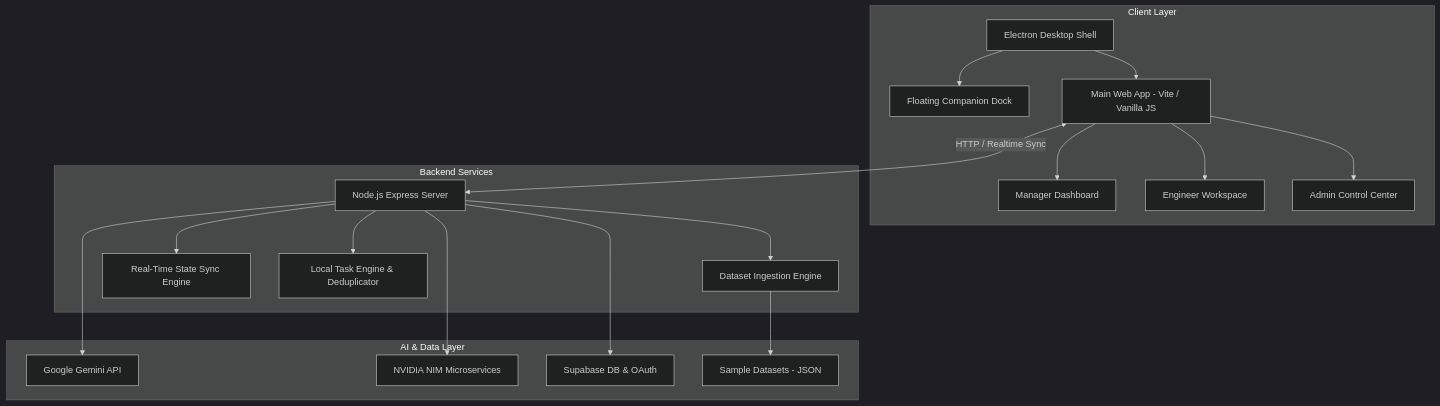
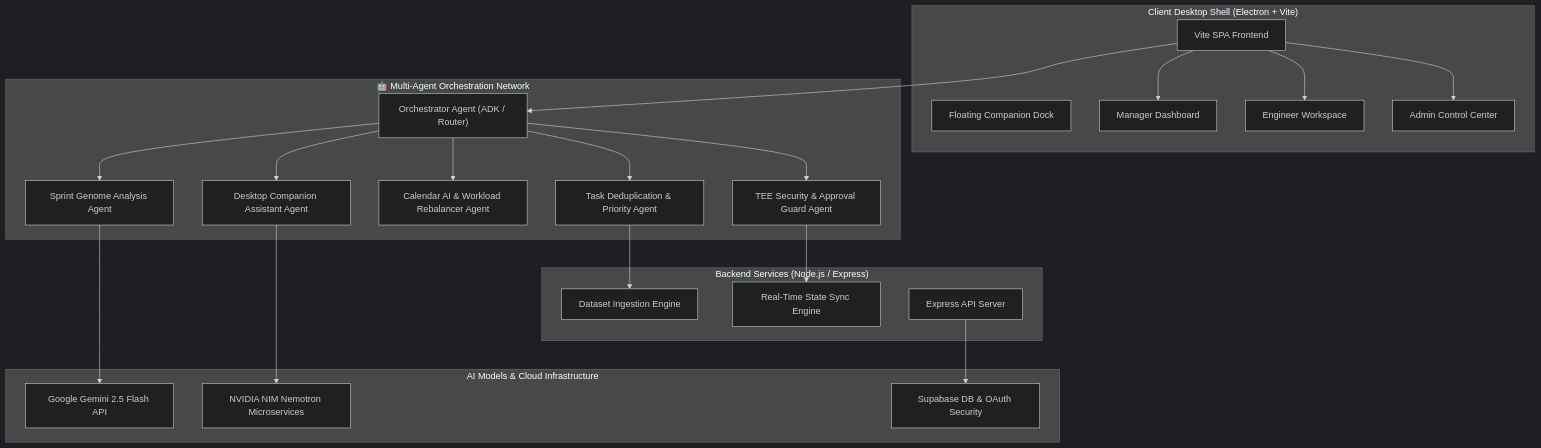
Before and after one commit to uselessdevloper/Error-404: the diagram in README.md, drawn with Mermaid (dark theme). The commit also changed other lines of this file, not shown here.

Commit message:
docs: add explicit Multi-Agent System (MAS) architecture breakdown and clean GitHub Mermaid flowchart

````diff
--- a/README.md
+++ b/README.md
@@ -13,25 +13,47 @@
 ```mermaid
-graph TD
-    subgraph Client Layer
-        A[Electron Desktop Shell] --> B[Floating Companion Dock]
-        A --> C[Main Web App - Vite / Vanilla JS]
-        C --> C1[Manager Dashboard]
-        C --> C2[Engineer Workspace]
-        C --> C3[Admin Control Center]
+flowchart TD
+    subgraph Client ["Client Desktop Shell (Electron + Vite)"]
+        UI["Vite SPA Frontend"]
+        Companion["Floating Companion Dock"]
+        ManagerUI["Manager Dashboard"]
+        EngineerUI["Engineer Workspace"]
+        AdminUI["Admin Control Center"]
+        UI --> ManagerUI
+        UI --> EngineerUI
+        UI --> AdminUI
     end
 
-    subgraph Backend Services
-        D[Node.js Express Server] --> E[Dataset Ingestion Engine]
-        D --> F[Real-Time State Sync Engine]
-        D --> G[Local Task Engine & Deduplicator]
+    subgraph MultiAgent ["🤖 Multi-Agent Orchestration Network"]
+        Orchestrator["Orchestrator Agent (ADK / Router)"]
+        DedupAgent["Task Deduplication & Priority Agent"]
+        GenomeAgent["Sprint Genome Analysis Agent"]
+        WorkloadAgent["Calendar AI & Workload Rebalancer Agent"]
+        CompanionAgent["Desktop Companion Assistant Agent"]
+        TeeGuardAgent["TEE Security & Approval Guard Agent"]
     end
 
-    subgraph AI & Data Layer
-        D --> H[Google Gemini API]
-        D --> I[NVIDIA NIM Microservices]
-        D --> J[Supabase DB & OAuth]
-        E --> K[Sample Datasets - JSON]
+    subgraph Backend ["Backend Services (Node.js / Express)"]
+        IngestionEngine["Dataset Ingestion Engine"]
+        StateSync["Real-Time State Sync Engine"]
+        BackendServer["Express API Server"]
     end
 
-    C <-->|HTTP / Realtime Sync| D
+    subgraph Infrastructure ["AI Models & Cloud Infrastructure"]
+        Gemini["Google Gemini 2.5 Flash API"]
+        NvidiaNIM["NVIDIA NIM Nemotron Microservices"]
+        Supabase["Supabase DB & OAuth Security"]
+    end
+
+    UI --> Orchestrator
+    Orchestrator --> DedupAgent
+    Orchestrator --> GenomeAgent
+    Orchestrator --> WorkloadAgent
+    Orchestrator --> CompanionAgent
+    Orchestrator --> TeeGuardAgent
+
+    DedupAgent --> IngestionEngine
+    GenomeAgent --> Gemini
+    CompanionAgent --> NvidiaNIM
+    TeeGuardAgent --> StateSync
+    BackendServer --> Supabase
 ```
````
